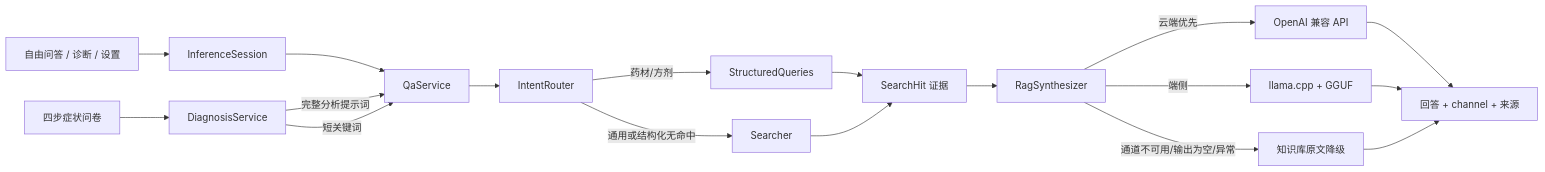
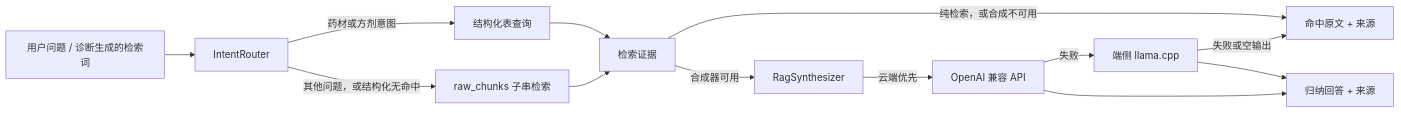
Before and after one commit to heroims/nihaixia_ai: the diagram in README.md, drawn with Mermaid. The commit also changed other lines of this file, not shown here.

Commit message:
docs: rework QA flow docs and add rationale for vector-free retrieval

````diff
--- a/README.md
+++ b/README.md
@@ -43,20 +37,15 @@
 ```mermaid
 flowchart LR
-    UI[自由问答 / 诊断 / 设置] --> SESSION[InferenceSession]
-    SESSION --> QA[QaService]
-    DIAG[四步症状问卷] --> DS[DiagnosisService]
-    DS -->|完整分析提示词| QA
-    DS -->|短关键词| QA
-    QA --> ROUTER[IntentRouter]
-    ROUTER -->|药材/方剂| STRUCT[StructuredQueries]
-    ROUTER -->|通用或结构化无命中| SEARCH[Searcher]
-    STRUCT --> EVIDENCE[SearchHit 证据]
-    SEARCH --> EVIDENCE
-    EVIDENCE --> RAG[RagSynthesizer]
-    RAG -->|云端优先| CLOUD[OpenAI 兼容 API]
-    RAG -->|端侧| LOCAL[llama.cpp + GGUF]
-    RAG -->|通道不可用/输出为空/异常| RAW[知识库原文降级]
-    CLOUD --> RESULT[回答 + channel + 来源]
-    LOCAL --> RESULT
-    RAW --> RESULT
+    Q[用户问题 / 诊断生成的检索词] --> I[IntentRouter]
+    I -->|药材或方剂意图| S[结构化表查询]
+    I -->|其他问题，或结构化无命中| R[raw_chunks 子串检索]
+    S --> E[检索证据]
+    R --> E
+    E -->|纯检索，或合成不可用| O[命中原文 + 来源]
+    E -->|合成器可用| G[RagSynthesizer]
+    G -->|云端优先| C[OpenAI 兼容 API]
+    C -->|失败| L[端侧 llama.cpp]
+    L -->|失败或空输出| O
+    C --> A[归纳回答 + 来源]
+    L --> A
 ```
````
